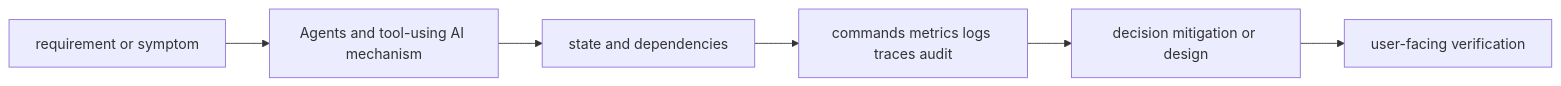
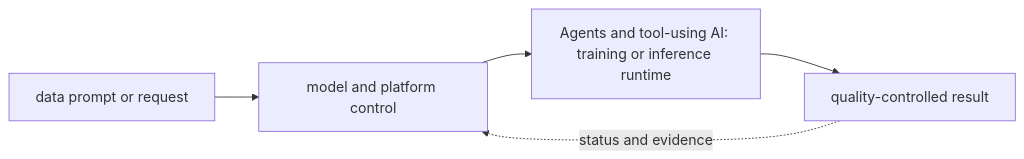
Before and after one commit to tomkidumbuyo/DevOps-interview-preparation: the diagram in 11-ai-platform/09-agents-and-tool-using-ai/README.md, drawn with Mermaid. The commit also changed other lines of this file and 753 other files, not shown here.

````diff
--- a/11-ai-platform/09-agents-and-tool-using-ai/README.md
+++ b/11-ai-platform/09-agents-and-tool-using-ai/README.md
@@ -21,8 +31,7 @@
 ```mermaid
 flowchart LR
-  R[requirement or symptom] --> M[Agents and tool-using AI mechanism]
-  M --> S[state and dependencies]
-  S --> O[commands metrics logs traces audit]
-  O --> D[decision mitigation or design]
-  D --> V[user-facing verification]
+  A["data prompt or request"] --> B["model and platform control"]
+  B --> C["Agents and tool-using AI: training or inference runtime"]
+  C --> D["quality-controlled result"]
+  D -. "status and evidence" .-> B
 ```
````
